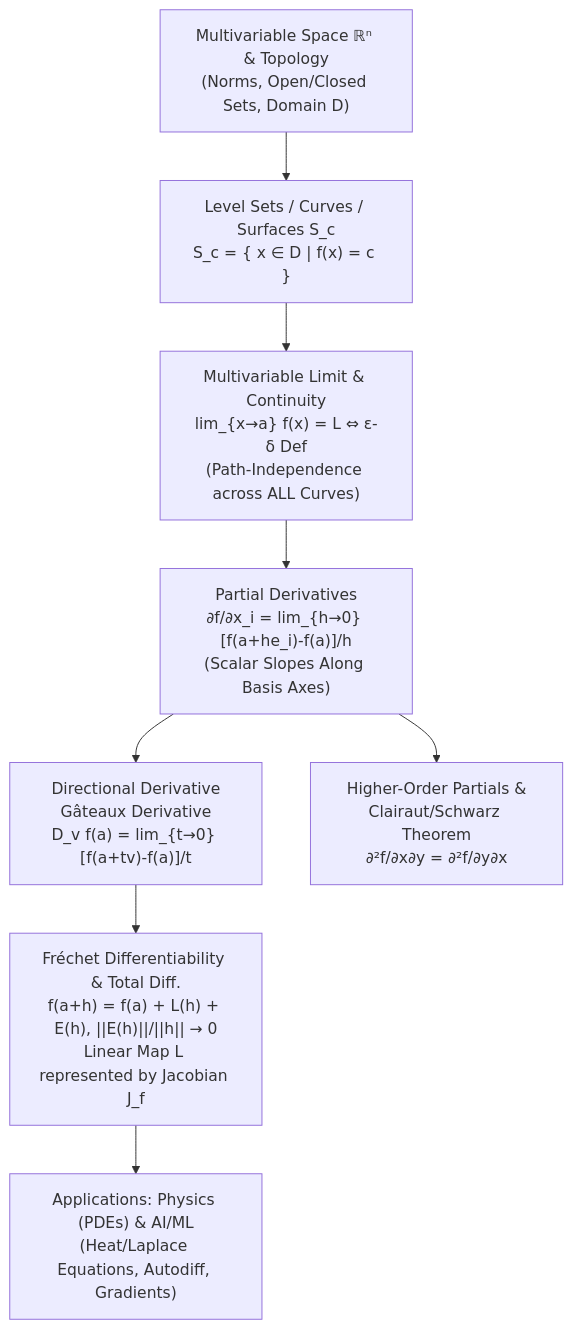
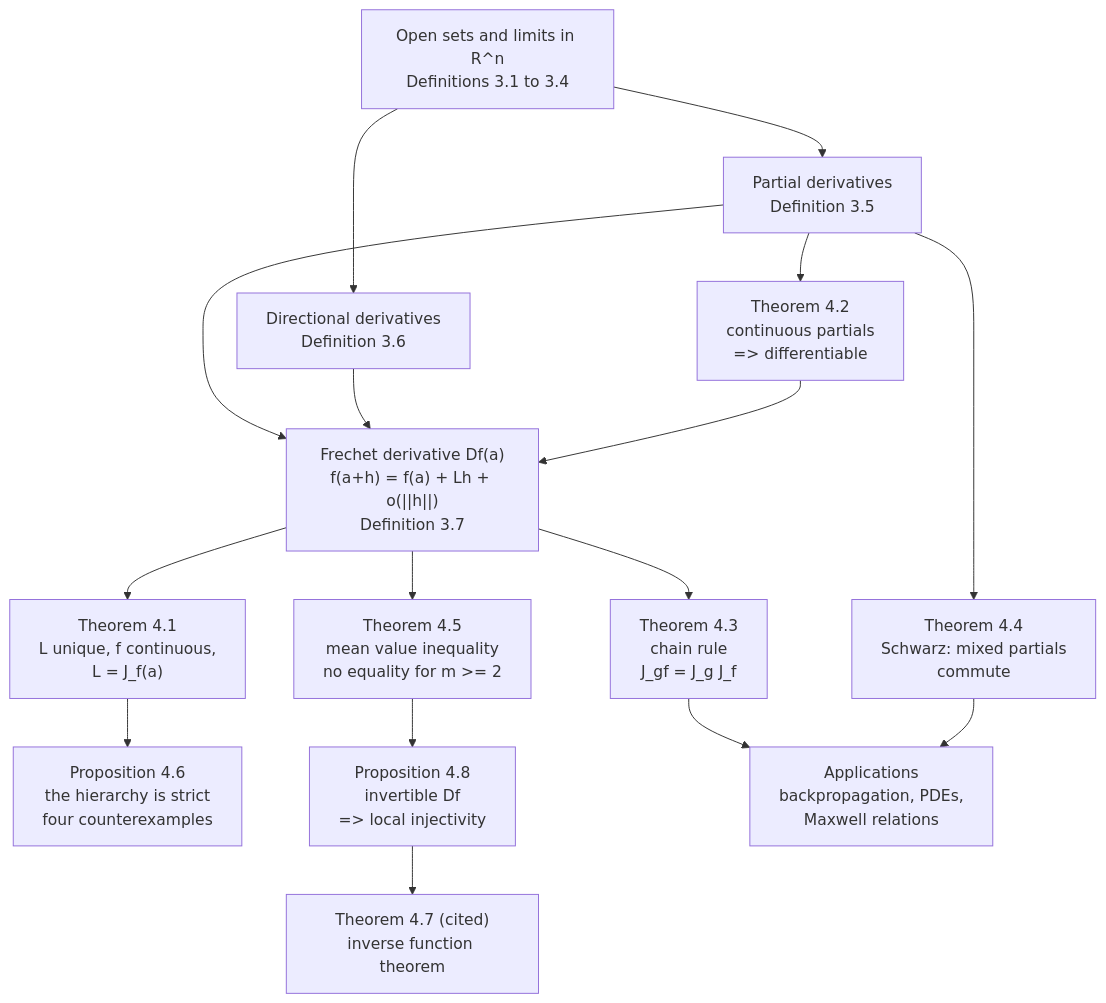
The diagram in calculus/10_multivariable_functions_partials/README.md (hien078/applied-mathematics-foundation), drawn with Mermaid before and after one commit. The commit also changed other lines of this file and 25 other files, not shown here.

````diff
--- a/calculus/10_multivariable_functions_partials/README.md
+++ b/calculus/10_multivariable_functions_partials/README.md
@@ -22,10 +61,18 @@
 ```mermaid
 flowchart TD
-    A["Multivariable Space ℝⁿ & Topology<br/>(Norms, Open/Closed Sets, Domain D)"] --> B["Level Sets / Curves / Surfaces S_c<br/>S_c = { x ∈ D | f(x) = c }"]
-    B --> C["Multivariable Limit & Continuity<br/>lim_{x→a} f(x) = L ⇔ ε-δ Def<br/>(Path-Independence across ALL Curves)"]
-    C --> D["Partial Derivatives<br/>∂f/∂x_i = lim_{h→0} [f(a+he_i)-f(a)]/h<br/>(Scalar Slopes Along Basis Axes)"]
-    D --> E1["Directional Derivative<br/>Gâteaux Derivative<br/>D_v f(a) = lim_{t→0} [f(a+tv)-f(a)]/t"]
-    D --> E2["Higher-Order Partials &<br/>Clairaut/Schwarz Theorem<br/>∂²f/∂x∂y = ∂²f/∂y∂x"]
-    E1 --> F["Fréchet Differentiability & Total Diff.<br/>f(a+h) = f(a) + L(h) + E(h), ||E(h)||/||h|| → 0<br/>Linear Map L represented by Jacobian J_f"]
-    F --> G["Applications: Physics (PDEs) & AI/ML<br/>(Heat/Laplace Equations, Autodiff, Gradients)"]
+    A["Open sets and limits in R^n<br/>Definitions 3.1 to 3.4"] --> B["Partial derivatives<br/>Definition 3.5"]
+    A --> C["Directional derivatives<br/>Definition 3.6"]
+    B --> D["Frechet derivative Df(a)<br/>f(a+h) = f(a) + Lh + o(||h||)<br/>Definition 3.7"]
+    C --> D
+    D --> E["Theorem 4.1<br/>L unique, f continuous,<br/>L = J_f(a)"]
+    B --> F["Theorem 4.2<br/>continuous partials<br/>=> differentiable"]
+    F --> D
+    D --> G["Theorem 4.3<br/>chain rule<br/>J_gf = J_g J_f"]
+    B --> H["Theorem 4.4<br/>Schwarz: mixed partials<br/>commute"]
+    D --> I["Theorem 4.5<br/>mean value inequality<br/>no equality for m >= 2"]
+    E --> J["Proposition 4.6<br/>the hierarchy is strict<br/>four counterexamples"]
+    I --> K["Proposition 4.8<br/>invertible Df<br/>=> local injectivity"]
+    K --> L["Theorem 4.7 (cited)<br/>inverse function theorem"]
+    G --> M["Applications<br/>backpropagation, PDEs,<br/>Maxwell relations"]
+    H --> M
 ```
````
